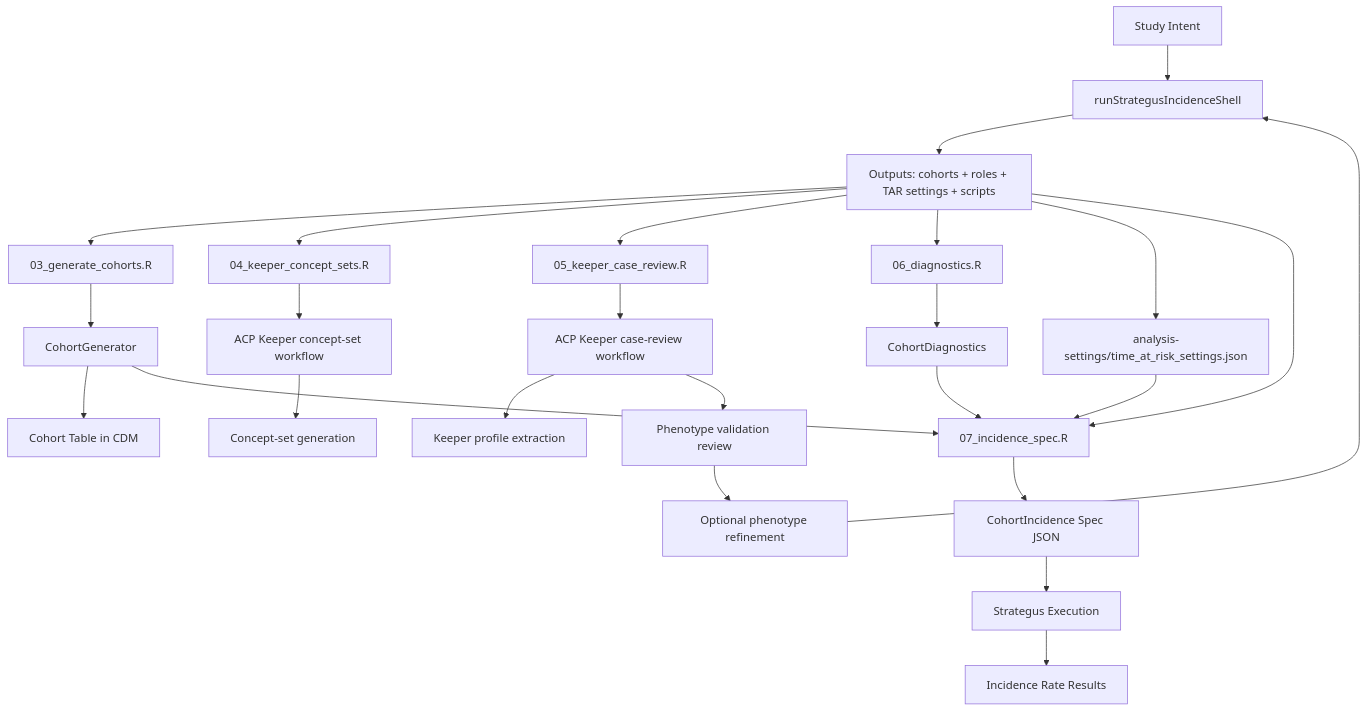
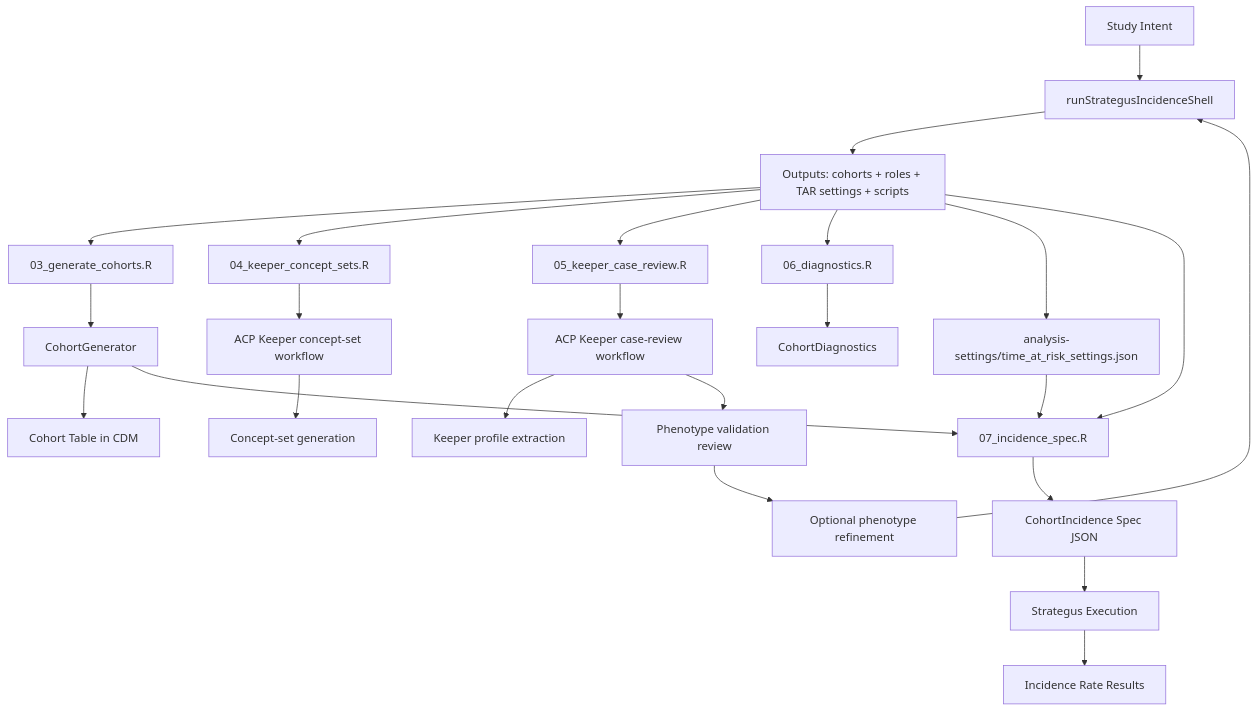
Before and after one commit to OHDSI/StudyAgent: the second of 2 diagrams in docs/WORKFLOW_INCIDENCE.md, drawn with Mermaid. The commit also changed other lines of this file and 5 other files, not shown here.

````diff
--- a/docs/WORKFLOW_INCIDENCE.md
+++ b/docs/WORKFLOW_INCIDENCE.md
@@ -63,32 +63,31 @@
 ```mermaid
 flowchart TD
   A[Study Intent] --> B[runStrategusIncidenceShell]
   B --> C[Outputs: cohorts + roles + TAR settings + scripts]
   C --> D[03_generate_cohorts.R]
   D --> E[CohortGenerator]
   E --> F[Cohort Table in CDM]
 
   C --> G[04_keeper_concept_sets.R]
   G --> H[ACP Keeper concept-set workflow]
   H --> I[Concept-set generation]
 
   C --> J[05_keeper_case_review.R]
   J --> K[ACP Keeper case-review workflow]
   K --> L[Keeper profile extraction]
   K --> M[Phenotype validation review]
   M --> N[Optional phenotype refinement]
   N --> B
 
   C --> O[06_diagnostics.R]
   O --> P[CohortDiagnostics]
 
   C --> Q[analysis-settings/time_at_risk_settings.json]
   C --> R[07_incidence_spec.R]
   Q --> R
   E --> R
-  P --> R
 
   R --> S[CohortIncidence Spec JSON]
   S --> T[Strategus Execution]
   T --> U[Incidence Rate Results]
 ```
````
